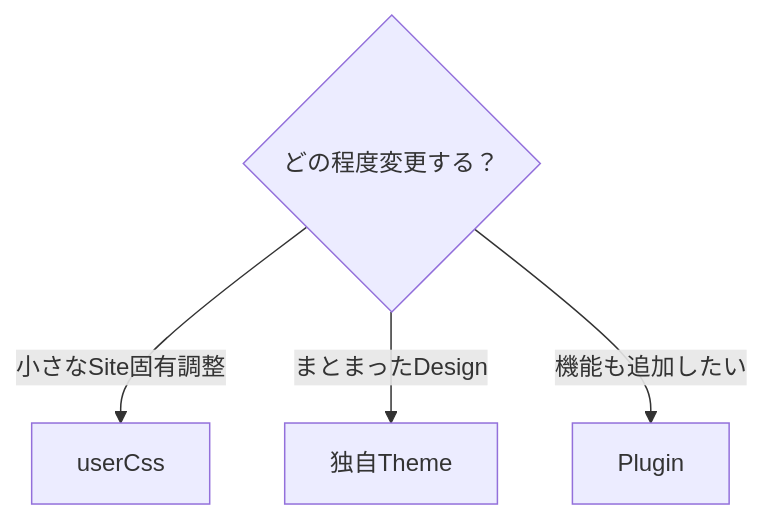
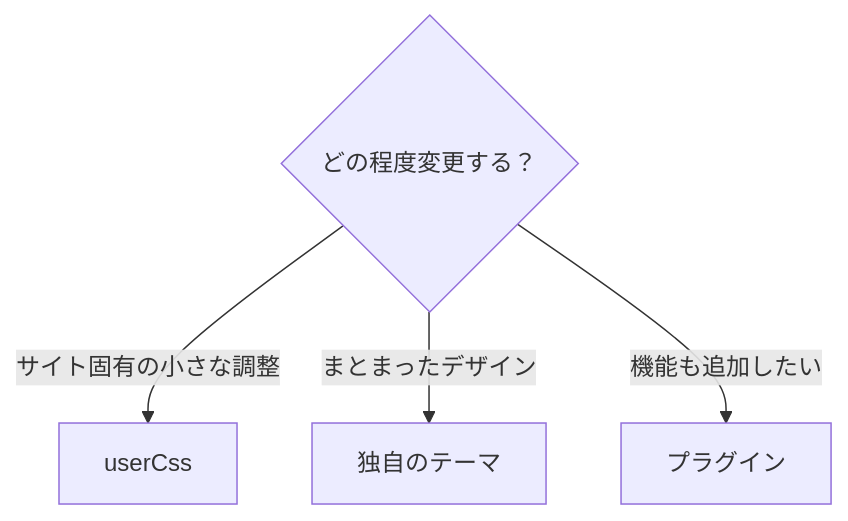
The second of 6 diagrams in docs/docs/themes/writing-a-theme.ja.md (Rerurate514/riebeckite), drawn with Mermaid before and after one commit. The commit also changed other lines of this file and 310 other files, not shown here.

````diff
--- a/docs/docs/themes/writing-a-theme.ja.md
+++ b/docs/docs/themes/writing-a-theme.ja.md
@@ -79,8 +71,8 @@
 ```mermaid id="dq1mge"
 flowchart TD
     Change{"どの程度変更する？"}
 
-    Change -->|"小さなSite固有調整"| UserCss["userCss"]
-    Change -->|"まとまったDesign"| Theme["独自Theme"]
-    Change -->|"機能も追加したい"| Plugin["Plugin"]
+    Change -->|"サイト固有の小さな調整"| UserCss["userCss"]
+    Change -->|"まとまったデザイン"| Theme["独自のテーマ"]
+    Change -->|"機能も追加したい"| Plugin["プラグイン"]
 ```
````
